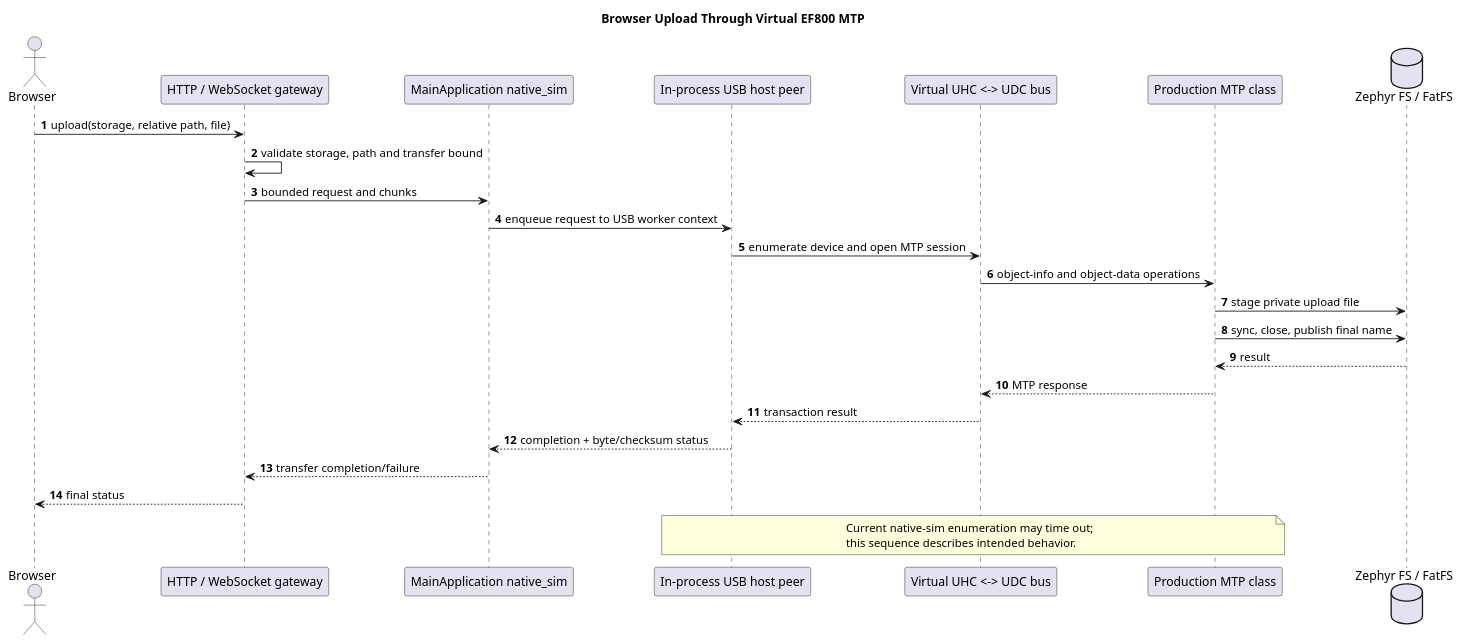
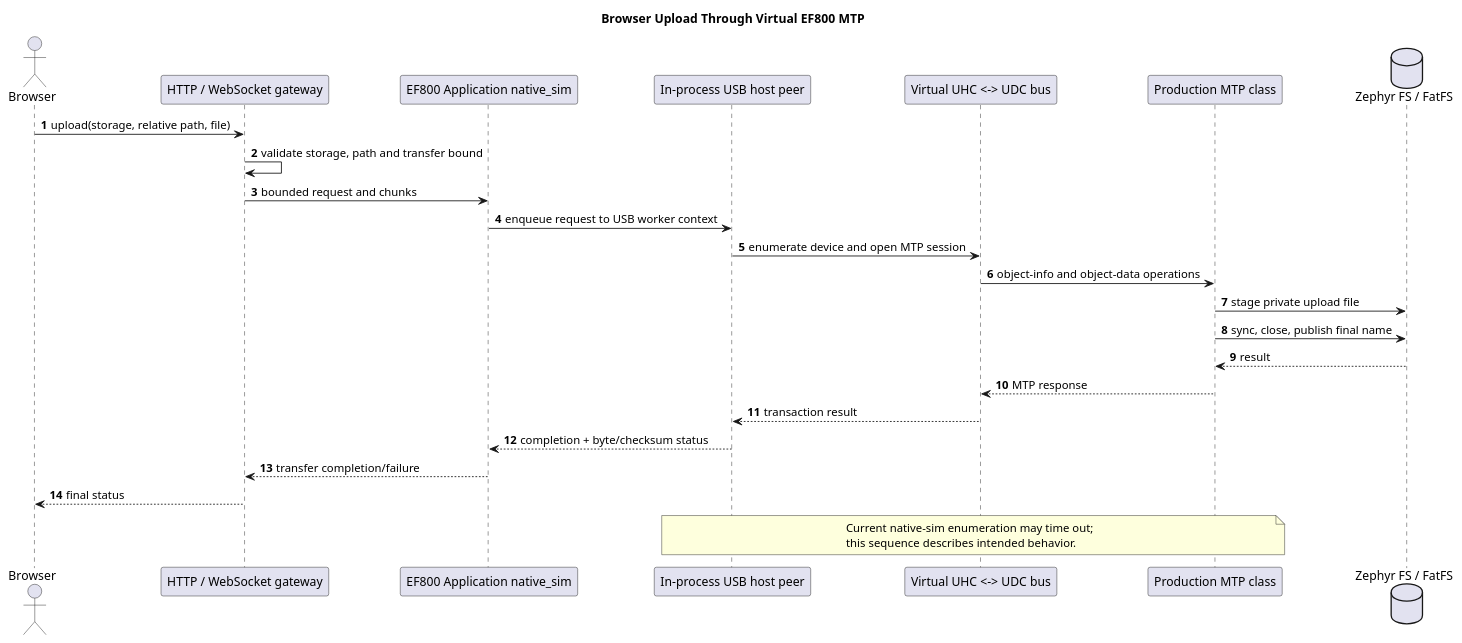
The diagram in architecture/diagram_as_code/06_runtime_view/virtual_mtp_upload.puml (jaster-prj/EF800-Zephyr), drawn with PlantUML before and after one commit. The commit also changed 753 other files, not shown here.

```diff
--- a/architecture/diagram_as_code/06_runtime_view/virtual_mtp_upload.puml
+++ b/architecture/diagram_as_code/06_runtime_view/virtual_mtp_upload.puml
@@ -1,32 +1,32 @@
 @startuml virtual_mtp_upload
 title Browser Upload Through Virtual EF800 MTP
 autonumber
 
 actor Browser
 participant "HTTP / WebSocket gateway" as Gateway
-participant "MainApplication native_sim" as Sim
+participant "EF800 Application native_sim" as Sim
 participant "In-process USB host peer" as Peer
 participant "Virtual UHC <-> UDC bus" as Bus
 participant "Production MTP class" as MTP
 database "Zephyr FS / FatFS" as FS
 
 Browser -> Gateway : upload(storage, relative path, file)
 Gateway -> Gateway : validate storage, path and transfer bound
 Gateway -> Sim : bounded request and chunks
 Sim -> Peer : enqueue request to USB worker context
 Peer -> Bus : enumerate device and open MTP session
 Bus -> MTP : object-info and object-data operations
 MTP -> FS : stage private upload file
 MTP -> FS : sync, close, publish final name
 FS --> MTP : result
 MTP --> Bus : MTP response
 Bus --> Peer : transaction result
 Peer --> Sim : completion + byte/checksum status
 Sim --> Gateway : transfer completion/failure
 Gateway --> Browser : final status
 
 note over Peer, MTP
   Current native-sim enumeration may time out;
   this sequence describes intended behavior.
 end note
 @enduml
```
